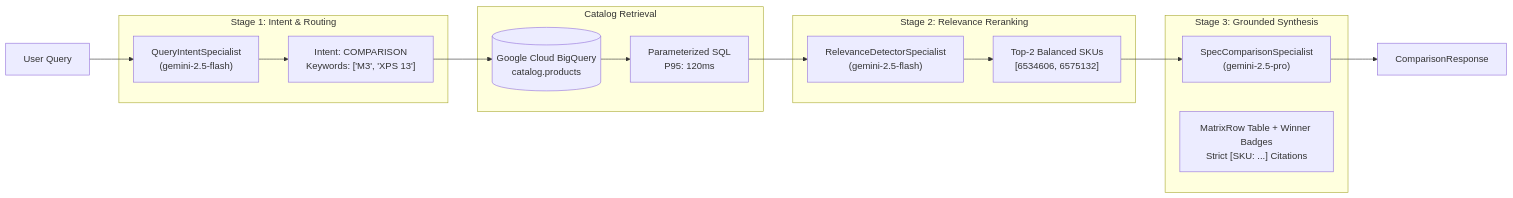
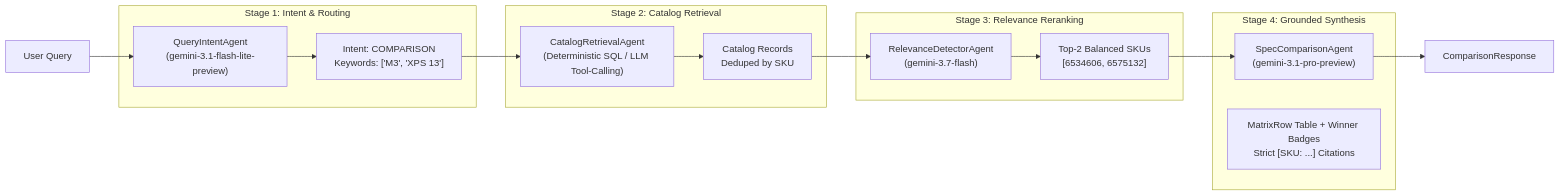
The ninth of 13 diagrams in ARCHITECTURE.md (willie3838/williamc-ecomm-capstone), drawn with Mermaid before and after one commit. The commit also changed other lines of this file and 14 other files, not shown here.

Commit message:
feat(task-1-per-agent-gemini-25-to-38): benchmark all 4 agents across gemini 2.5-3.8 models

````diff
--- a/ARCHITECTURE.md
+++ b/ARCHITECTURE.md
@@ -744,31 +744,31 @@
 ```mermaid
 flowchart LR
     subgraph S1["Stage 1: Intent & Routing"]
-        A1["QueryIntentSpecialist<br/>(gemini-2.5-flash)"]
+        A1["QueryIntentAgent<br/>(gemini-3.1-flash-lite-preview)"]
         M1["Intent: COMPARISON<br/>Keywords: ['M3', 'XPS 13']"]
     end
 
-    subgraph BQ["Catalog Retrieval"]
-        DB[("Google Cloud BigQuery<br/>catalog.products")]
-        R1["Parameterized SQL<br/>P95: 120ms"]
+    subgraph S2["Stage 2: Catalog Retrieval"]
+        A2["CatalogRetrievalAgent<br/>(Deterministic SQL / LLM Tool-Calling)"]
+        M2["Catalog Records<br/>Deduped by SKU"]
     end
 
-    subgraph S2["Stage 2: Relevance Reranking"]
-        A2["RelevanceDetectorSpecialist<br/>(gemini-2.5-flash)"]
-        M2["Top-2 Balanced SKUs<br/>[6534606, 6575132]"]
+    subgraph S3["Stage 3: Relevance Reranking"]
+        A3["RelevanceDetectorAgent<br/>(gemini-3.7-flash)"]
+        M3["Top-2 Balanced SKUs<br/>[6534606, 6575132]"]
     end
 
-    subgraph S3["Stage 3: Grounded Synthesis"]
-        A3["SpecComparisonSpecialist<br/>(gemini-2.5-pro)"]
-        M3["MatrixRow Table + Winner Badges<br/>Strict [SKU: ...] Citations"]
+    subgraph S4["Stage 4: Grounded Synthesis"]
+        A4["SpecComparisonAgent<br/>(gemini-3.1-pro-preview)"]
+        M4["MatrixRow Table + Winner Badges<br/>Strict [SKU: ...] Citations"]
     end
 
     Q["User Query"] --> A1
     A1 --> M1
-    M1 --> DB
-    DB --> R1
-    R1 --> A2
+    M1 --> A2
     A2 --> M2
     M2 --> A3
-    A3 --> RESP["ComparisonResponse"]
+    A3 --> M3
+    M3 --> A4
+    A4 --> RESP["ComparisonResponse"]
 ```
````
